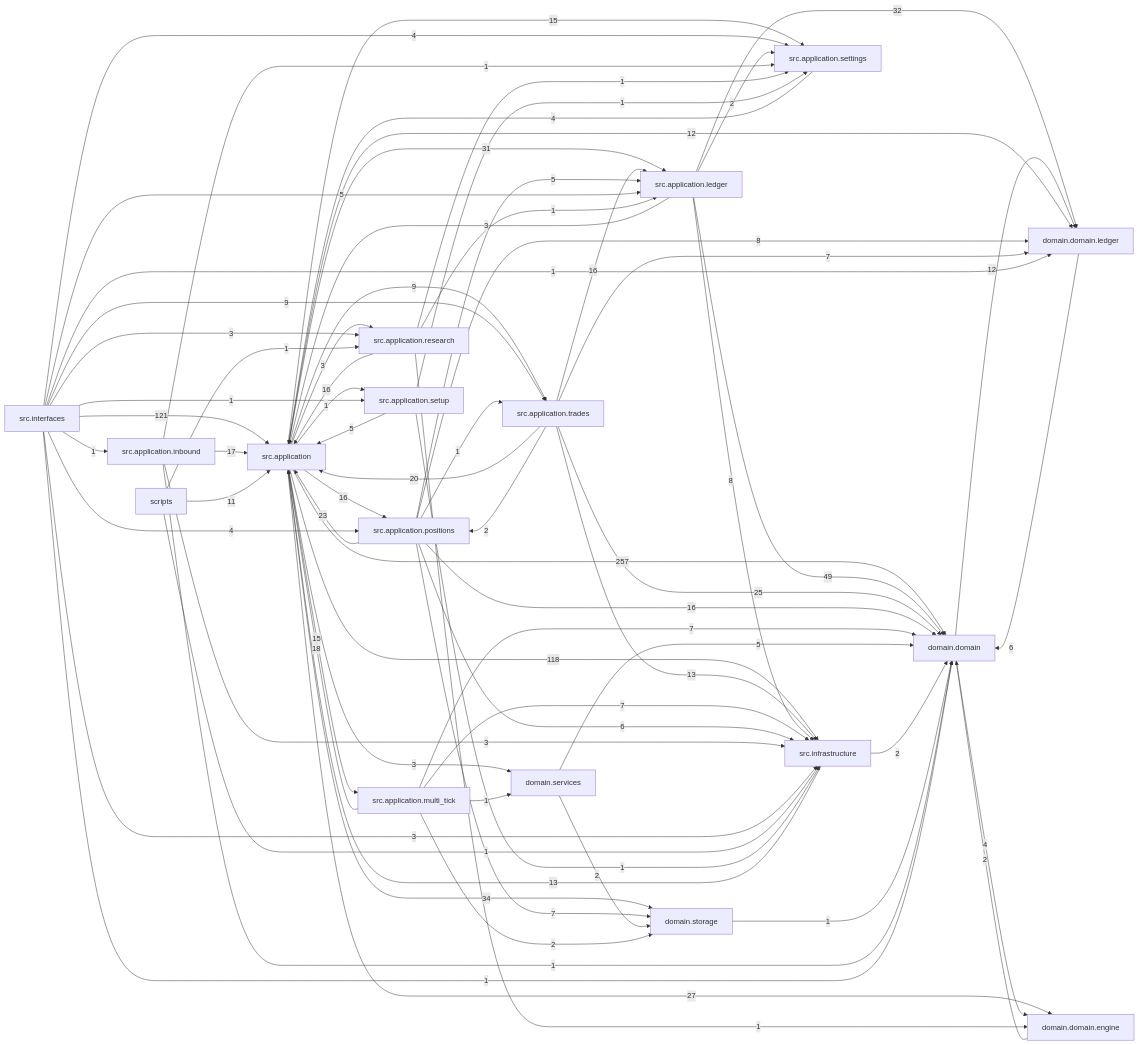
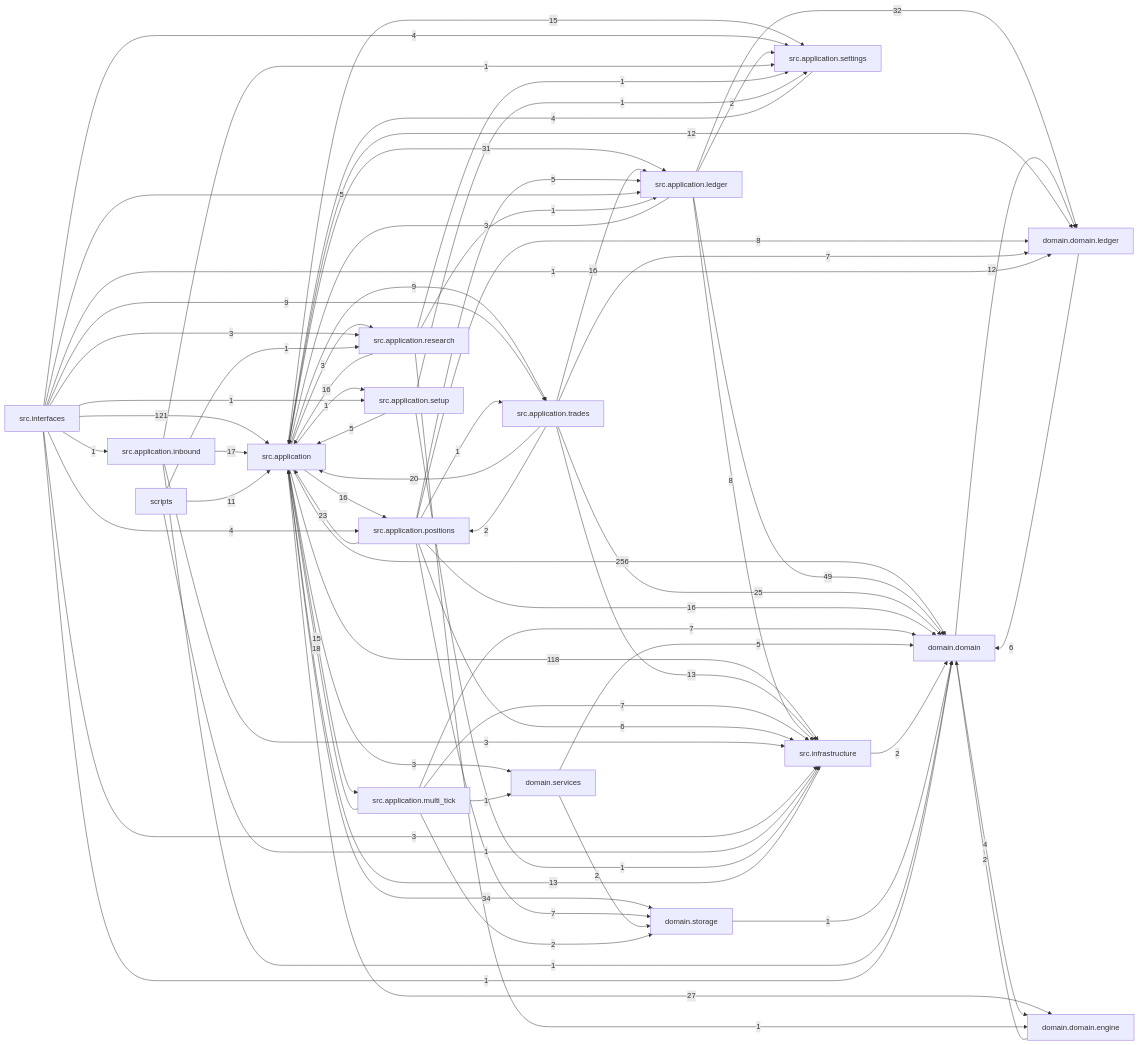
The diagram in docs/dependency_graph.mmd (liuxie066/options-monitor), drawn with Mermaid before and after one commit. The commit also changed 1 other file, not shown here.

Commit message:
docs(graph): refresh dependency graph

```diff
--- a/docs/dependency_graph.mmd
+++ b/docs/dependency_graph.mmd
@@ -1,72 +1,72 @@
 flowchart LR
-  src_application["src.application"] -->|257| domain_domain["domain.domain"]
+  src_application["src.application"] -->|256| domain_domain["domain.domain"]
   src_interfaces["src.interfaces"] -->|121| src_application["src.application"]
   src_application["src.application"] -->|118| src_infrastructure["src.infrastructure"]
   src_application_ledger["src.application.ledger"] -->|49| domain_domain["domain.domain"]
   src_application["src.application"] -->|34| domain_storage["domain.storage"]
   src_application_ledger["src.application.ledger"] -->|32| domain_domain_ledger["domain.domain.ledger"]
   src_application["src.application"] -->|31| src_application_ledger["src.application.ledger"]
   src_application["src.application"] -->|27| domain_domain_engine["domain.domain.engine"]
   src_application_trades["src.application.trades"] -->|25| domain_domain["domain.domain"]
   src_application_positions["src.application.positions"] -->|23| src_application["src.application"]
   src_application_trades["src.application.trades"] -->|20| src_application["src.application"]
   src_application_multi_tick["src.application.multi_tick"] -->|18| src_application["src.application"]
   src_application_inbound["src.application.inbound"] -->|17| src_application["src.application"]
   src_application["src.application"] -->|16| src_application_positions["src.application.positions"]
   src_application_positions["src.application.positions"] -->|16| domain_domain["domain.domain"]
   src_application_research["src.application.research"] -->|16| src_application["src.application"]
   src_application_trades["src.application.trades"] -->|16| src_application_ledger["src.application.ledger"]
   src_application["src.application"] -->|15| src_application_multi_tick["src.application.multi_tick"]
   src_application["src.application"] -->|15| src_application_settings["src.application.settings"]
   src_application_trades["src.application.trades"] -->|13| src_infrastructure["src.infrastructure"]
   src_infrastructure["src.infrastructure"] -->|13| src_application["src.application"]
   domain_domain["domain.domain"] -->|12| domain_domain_ledger["domain.domain.ledger"]
   src_application["src.application"] -->|12| domain_domain_ledger["domain.domain.ledger"]
   scripts["scripts"] -->|11| src_application["src.application"]
   src_application["src.application"] -->|9| src_application_trades["src.application.trades"]
   src_interfaces["src.interfaces"] -->|9| src_application_trades["src.application.trades"]
   src_application_ledger["src.application.ledger"] -->|8| src_infrastructure["src.infrastructure"]
   src_application_positions["src.application.positions"] -->|8| domain_domain_ledger["domain.domain.ledger"]
   src_application_multi_tick["src.application.multi_tick"] -->|7| domain_domain["domain.domain"]
   src_application_multi_tick["src.application.multi_tick"] -->|7| src_infrastructure["src.infrastructure"]
   src_application_positions["src.application.positions"] -->|7| domain_storage["domain.storage"]
   src_application_trades["src.application.trades"] -->|7| domain_domain_ledger["domain.domain.ledger"]
   domain_domain_ledger["domain.domain.ledger"] -->|6| domain_domain["domain.domain"]
   src_application_positions["src.application.positions"] -->|6| src_infrastructure["src.infrastructure"]
   domain_services["domain.services"] -->|5| domain_domain["domain.domain"]
   src_application_positions["src.application.positions"] -->|5| src_application_ledger["src.application.ledger"]
   src_application_setup["src.application.setup"] -->|5| src_application["src.application"]
   src_interfaces["src.interfaces"] -->|5| src_application_ledger["src.application.ledger"]
   domain_domain["domain.domain"] -->|4| domain_domain_engine["domain.domain.engine"]
   src_application_settings["src.application.settings"] -->|4| src_application["src.application"]
   src_interfaces["src.interfaces"] -->|4| src_application_positions["src.application.positions"]
   src_interfaces["src.interfaces"] -->|4| src_application_settings["src.application.settings"]
   src_application["src.application"] -->|3| domain_services["domain.services"]
   src_application["src.application"] -->|3| src_application_research["src.application.research"]
   src_application_inbound["src.application.inbound"] -->|3| src_infrastructure["src.infrastructure"]
   src_application_ledger["src.application.ledger"] -->|3| src_application["src.application"]
   src_interfaces["src.interfaces"] -->|3| src_application_research["src.application.research"]
   src_interfaces["src.interfaces"] -->|3| src_infrastructure["src.infrastructure"]
   domain_domain_engine["domain.domain.engine"] -->|2| domain_domain["domain.domain"]
   domain_services["domain.services"] -->|2| domain_storage["domain.storage"]
   src_application_ledger["src.application.ledger"] -->|2| src_application_settings["src.application.settings"]
   src_application_multi_tick["src.application.multi_tick"] -->|2| domain_storage["domain.storage"]
   src_application_trades["src.application.trades"] -->|2| src_application_positions["src.application.positions"]
   src_infrastructure["src.infrastructure"] -->|2| domain_domain["domain.domain"]
   domain_storage["domain.storage"] -->|1| domain_domain["domain.domain"]
   scripts["scripts"] -->|1| src_application_research["src.application.research"]
   scripts["scripts"] -->|1| src_infrastructure["src.infrastructure"]
   src_application["src.application"] -->|1| src_application_setup["src.application.setup"]
   src_application_inbound["src.application.inbound"] -->|1| domain_domain["domain.domain"]
   src_application_inbound["src.application.inbound"] -->|1| src_application_settings["src.application.settings"]
   src_application_multi_tick["src.application.multi_tick"] -->|1| domain_services["domain.services"]
   src_application_positions["src.application.positions"] -->|1| src_application_trades["src.application.trades"]
   src_application_research["src.application.research"] -->|1| domain_domain_engine["domain.domain.engine"]
   src_application_research["src.application.research"] -->|1| src_application_ledger["src.application.ledger"]
   src_application_research["src.application.research"] -->|1| src_application_settings["src.application.settings"]
   src_application_setup["src.application.setup"] -->|1| src_application_settings["src.application.settings"]
   src_application_setup["src.application.setup"] -->|1| src_infrastructure["src.infrastructure"]
   src_interfaces["src.interfaces"] -->|1| domain_domain["domain.domain"]
   src_interfaces["src.interfaces"] -->|1| domain_domain_ledger["domain.domain.ledger"]
   src_interfaces["src.interfaces"] -->|1| src_application_inbound["src.application.inbound"]
   src_interfaces["src.interfaces"] -->|1| src_application_setup["src.application.setup"]
```
